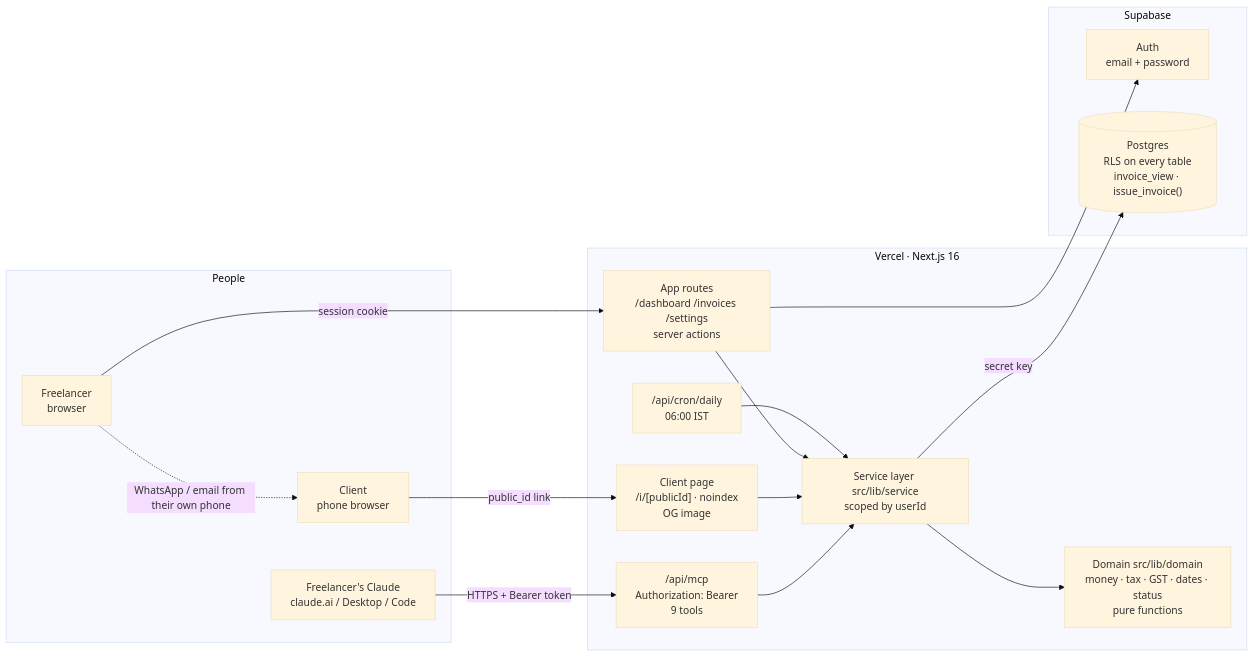
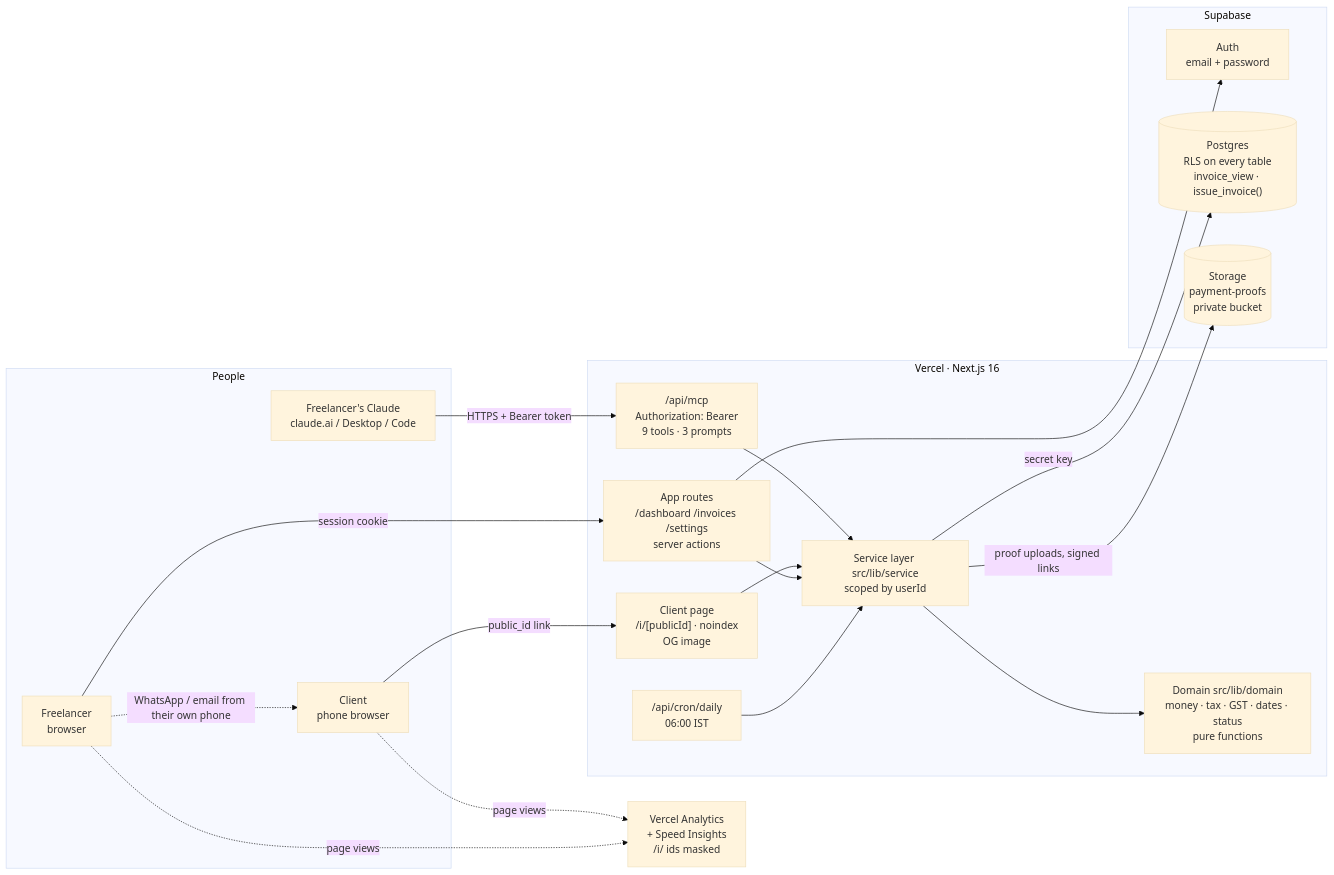
Before and after one commit to netanyaj/dues: the diagram in ARCHITECTURE.md, drawn with Mermaid (base theme). The commit also changed other lines of this file and 10 other files, not shown here.

Commit message:
Docs pass: PRD rewrite, DESIGN and ROADMAP, consistent pricing, header-only auth wording, FLOWS states, landing copy fixes (D52)

````diff
--- a/ARCHITECTURE.md
+++ b/ARCHITECTURE.md
@@ -7,31 +7,36 @@
 ```mermaid
 flowchart LR
   subgraph People
     F[Freelancer<br/>browser]
     K[Client<br/>phone browser]
     C[Freelancer's Claude<br/>claude.ai / Desktop / Code]
   end
   subgraph Vercel["Vercel · Next.js 16"]
     APP["App routes<br/>/dashboard /invoices /settings<br/>server actions"]
     PUB["Client page<br/>/i/[publicId] · noindex<br/>OG image"]
-    MCP["/api/mcp<br/>Authorization: Bearer<br/>9 tools"]
+    MCP["/api/mcp<br/>Authorization: Bearer<br/>9 tools · 3 prompts"]
     CRON["/api/cron/daily<br/>06:00 IST"]
     SVC["Service layer src/lib/service<br/>scoped by userId"]
     DOM["Domain src/lib/domain<br/>money · tax · GST · dates · status<br/>pure functions"]
   end
   subgraph Supabase
     AUTH[Auth<br/>email + password]
     DB[("Postgres<br/>RLS on every table<br/>invoice_view · issue_invoice()")]
+    STO[("Storage<br/>payment-proofs<br/>private bucket")]
   end
+  VA["Vercel Analytics<br/>+ Speed Insights<br/>/i/ ids masked"]
   F -->|session cookie| APP
   K -->|public_id link| PUB
   C -->|HTTPS + Bearer token| MCP
   CRON --> SVC
   APP --> SVC
   PUB --> SVC
   MCP --> SVC
   SVC --> DOM
   SVC -->|secret key| DB
   APP --> AUTH
+  SVC -->|proof uploads, signed links| STO
+  F -.->|page views| VA
+  K -.->|page views| VA
   F -. WhatsApp / email from their own phone .-> K
 ```
````
